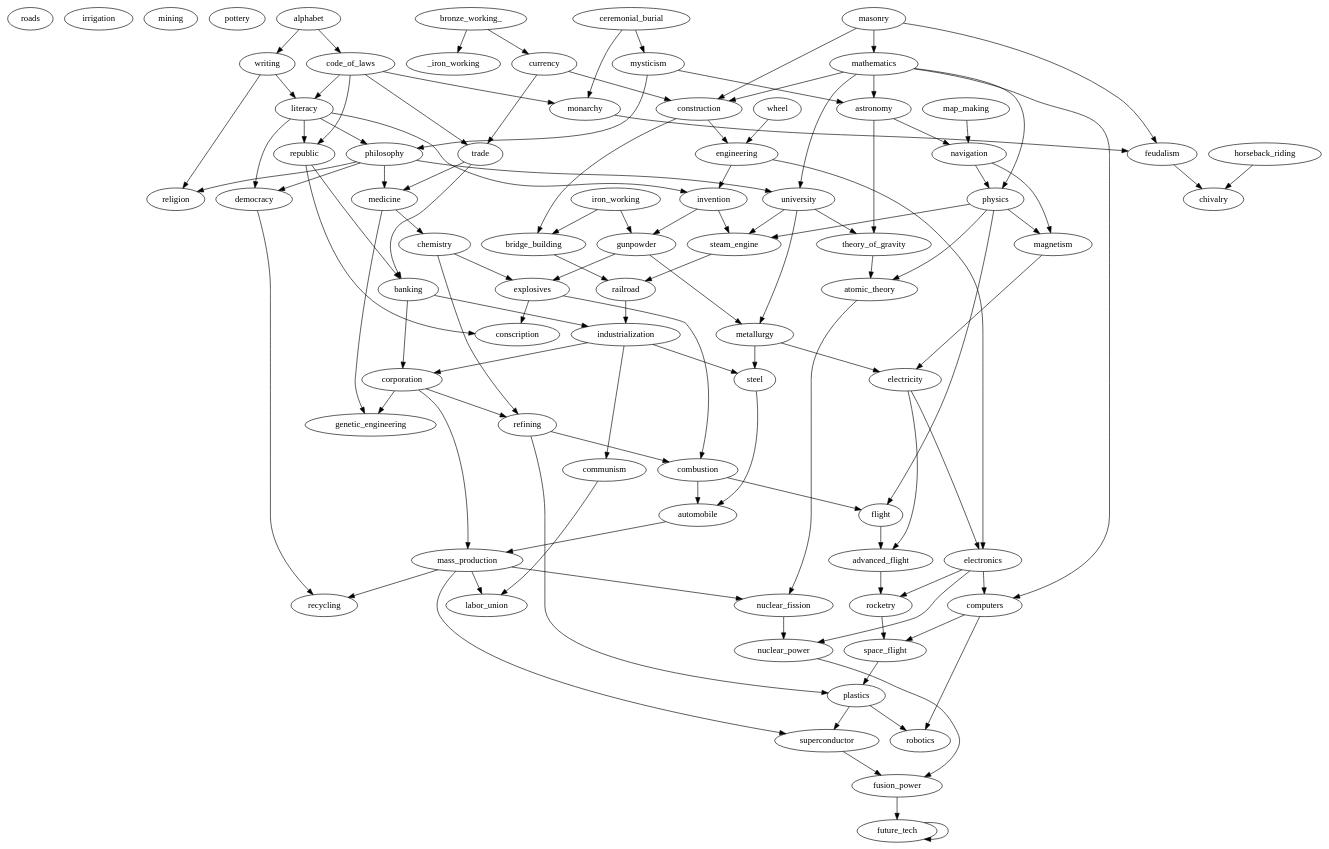
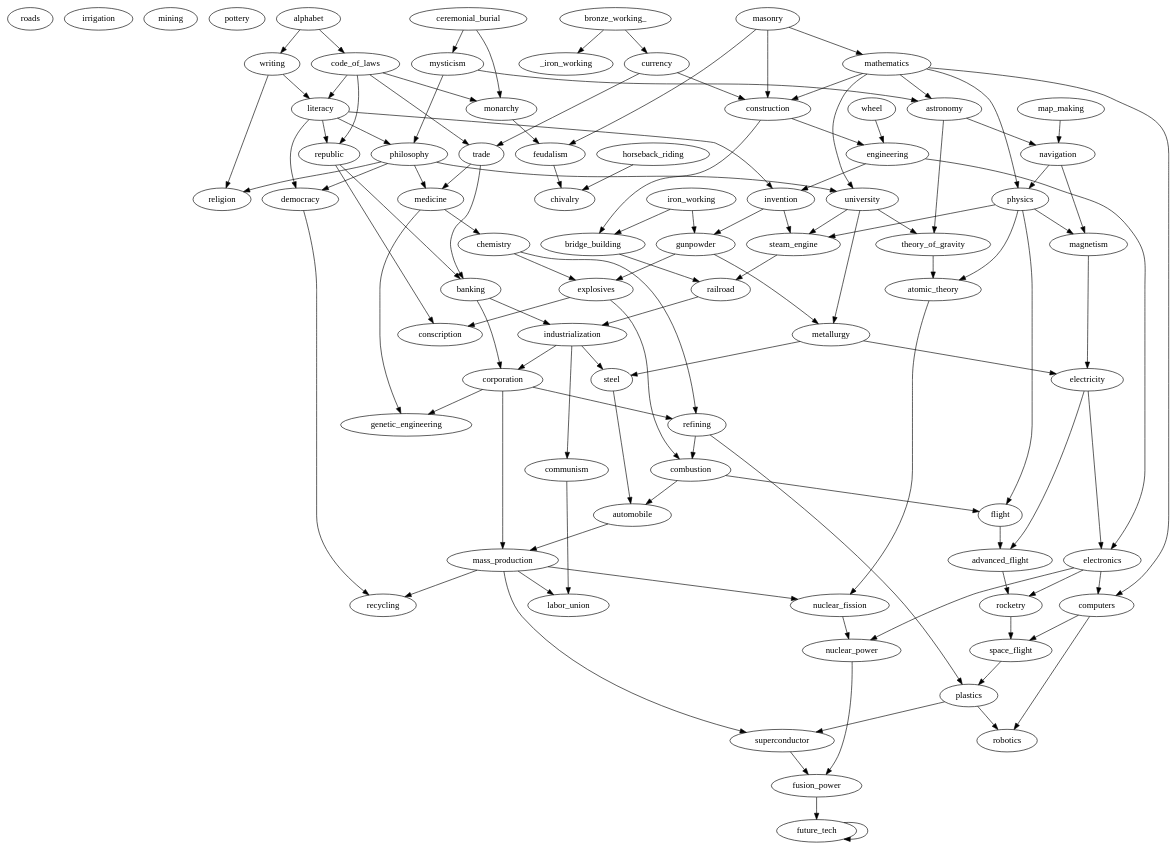
Before and after one commit to jgrey4296/jgrey4296.github.io: the diagram in site/_posts/civ_techtrees/data/civ1.dot, drawn with Graphviz. The commit also changed 86 other files, not shown here.

```diff
--- a/site/_posts/civ_techtrees/data/civ1.dot
+++ b/site/_posts/civ_techtrees/data/civ1.dot
@@ -1,73 +1,74 @@
 digraph civ1 {
     roads;
     irrigation;
     mining;
     pottery;
+    bridge_building;
     bronze_working_     -> {currency;_iron_working};
     alphabet            -> {writing; code_of_laws};
     advanced_flight     -> {rocketry};
     astronomy           -> {theory_of_gravity; navigation};
     atomic_theory       -> {nuclear_fission};
     automobile          -> {mass_production};
     banking             -> {industrialization; corporation};
-    bridge_building     -> {railroad};
+     bridge_building  -> {railroad};
     ceremonial_burial   -> {mysticism; monarchy};
     chemistry           -> {explosives; refining};
     chivalry            -> {};
     code_of_laws        -> {trade; republic; literacy; monarchy};
     combustion          -> {flight; automobile};
     communism           -> {labor_union};
     computers           -> {space_flight; robotics};
     conscription        -> {};
     construction        -> {engineering; bridge_building};
     corporation         -> {genetic_engineering; mass_production; refining};
     currency            -> {trade; construction};
     democracy           -> {recycling};
     electricity         -> {electronics; advanced_flight};
     electronics         -> {computers; rocketry; nuclear_power};
     engineering         -> {invention; electronics};
     explosives          -> {combustion; conscription};
     feudalism           -> {chivalry};
     flight              -> {advanced_flight};
     fusion_power        -> {future_tech};
     future_tech         -> {future_tech};
     genetic_engineering -> {};
     gunpowder           -> {metallurgy; explosives};
     horseback_riding    -> {chivalry};
     industrialization   -> {corporation; communism; steel};
     invention           -> {steam_engine; gunpowder};
     iron_working        -> {bridge_building; gunpowder};
     labor_union         -> {};
     literacy            -> {philosophy; republic; democracy; invention};
     magnetism           -> {electricity};
     map_making          -> {navigation};
     masonry             -> {construction; mathematics; feudalism};
     mass_production     -> {labor_union; nuclear_fission; superconductor; recycling};
     mathematics         -> {physics; astronomy; construction; computers; university};
     medicine            -> {genetic_engineering; chemistry};
     metallurgy          -> {steel; electricity};
     monarchy            -> {feudalism};
     mysticism           -> {astronomy; philosophy};
     navigation          -> {physics; magnetism};
     nuclear_fission     -> {nuclear_power};
     nuclear_power       -> {fusion_power};
     philosophy          -> {democracy; medicine; religion; university};
     physics             -> {atomic_theory; steam_engine; magnetism; flight};
     plastics            -> {superconductor; robotics};
     railroad            -> {industrialization};
     recycling           -> {};
     refining            -> {combustion; plastics};
     religion            -> {};
     republic            -> {banking; conscription};
     robotics            -> {};
     rocketry            -> {space_flight};
     space_flight        -> {plastics};
     steam_engine        -> {railroad};
     steel               -> {automobile};
     superconductor      -> {fusion_power};
     theory_of_gravity   -> {atomic_theory};
     trade               -> {banking; medicine};
     university          -> {steam_engine; metallurgy; theory_of_gravity};
     wheel               -> {engineering};
     writing             -> {literacy; religion};
 }
```
